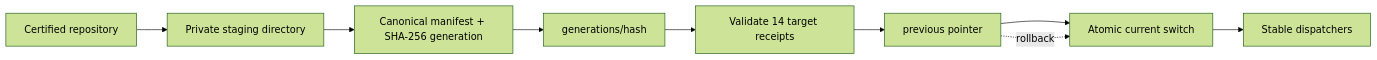
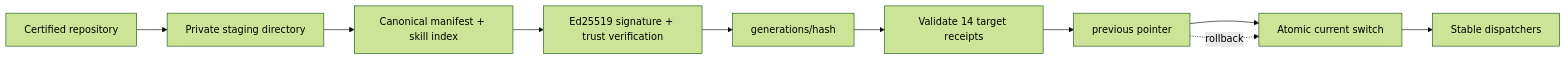
One commit to Prometheus-AGS/prometheus-skill-system changed the diagram in site/docs/plugin-distribution/immutable-generations.md. Above: the diagram before and after it, drawn with Mermaid (forest theme). The commit also changed other lines of this file and 100 other files, not shown here.

````diff
--- a/site/docs/plugin-distribution/immutable-generations.md
+++ b/site/docs/plugin-distribution/immutable-generations.md
@@ -10,11 +13,12 @@
 ```mermaid
 flowchart LR
   Source["Certified repository"] --> Stage["Private staging directory"]
-  Stage --> Hash["Canonical manifest + SHA-256 generation"]
-  Hash --> Generation["generations/hash"]
+  Stage --> Hash["Canonical manifest + skill index"]
+  Hash --> Sign["Ed25519 signature + trust verification"]
+  Sign --> Generation["generations/hash"]
   Generation --> Receipts["Validate 14 target receipts"]
   Receipts --> Previous["previous pointer"]
   Previous --> Current["Atomic current switch"]
   Current --> Stable["Stable dispatchers"]
   Previous -. rollback .-> Current
 ```
````
